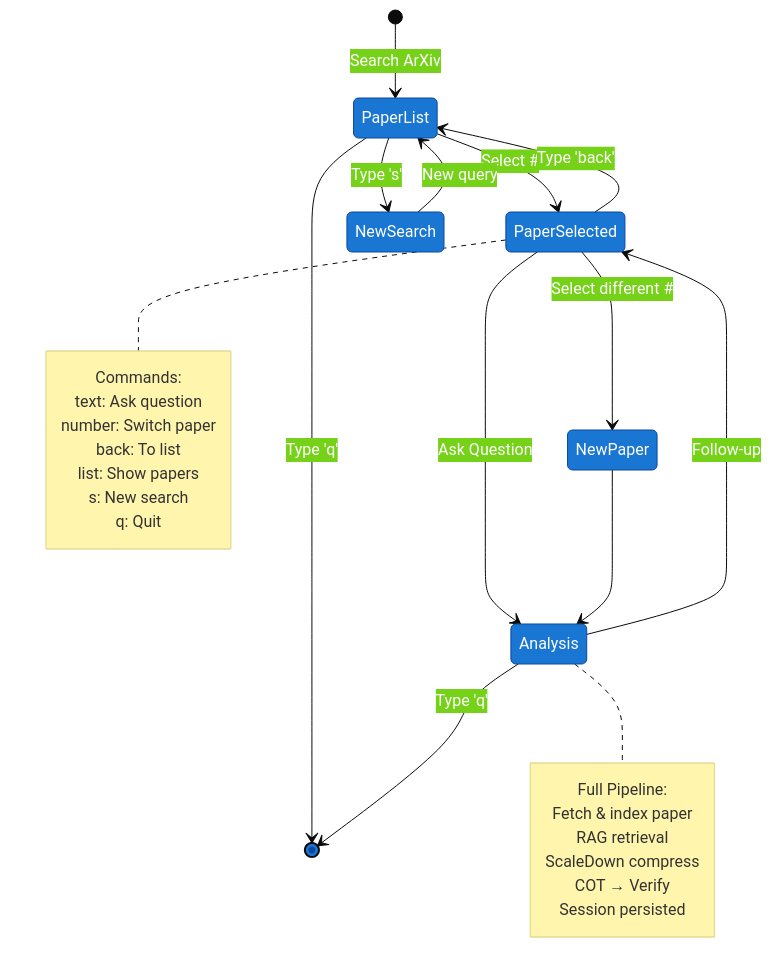
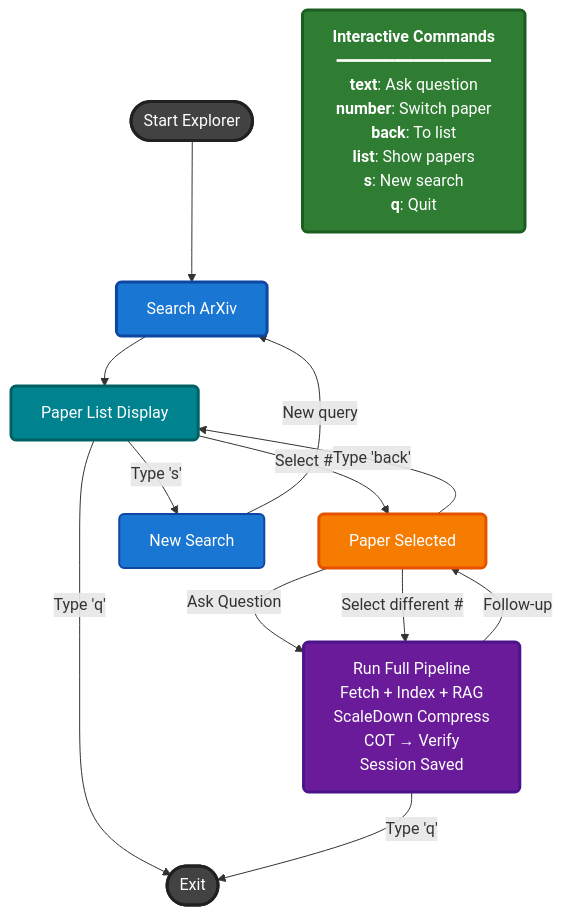
Before and after one commit to invaderinvalid/RAG: the fourth of 8 diagrams in README.md, drawn with Mermaid. The commit also changed other lines of this file, not shown here.

````diff
--- a/README.md
+++ b/README.md
@@ -336,39 +337,31 @@
 ```mermaid
-%%{init: {'theme':'base', 'themeVariables': { 'primaryColor':'#1976d2','primaryTextColor':'#fff','primaryBorderColor':'#0d47a1'}}}%%
-stateDiagram-v2
-    [*] --> PaperList: Search ArXiv
+%%{init: {'theme':'','themeVariables':{'fontFamily':'sans-serif'}}}%%
+flowchart TD
+    Start([Start Explorer]) --> Search[Search ArXiv]
+    Search --> PaperList[Paper List Display]
     
-    PaperList --> PaperSelected: Select #
-    PaperList --> NewSearch: Type 's'
-    PaperList --> [*]: Type 'q'
+    PaperList -->|Select #| PaperSelected[Paper Selected]
+    PaperList -->|Type 's'| NewSearch[New Search]
+    PaperList -->|Type 'q'| End([Exit])
     
-    PaperSelected --> Analysis: Ask Question
-    Analysis --> PaperSelected: Follow-up
+    PaperSelected -->|Ask Question| Analysis[Run Full Pipeline<br/>Fetch + Index + RAG<br/>ScaleDown Compress<br/>COT → Verify<br/>Session Saved]
     
-    PaperSelected --> PaperList: Type 'back'
-    PaperSelected --> NewPaper: Select different #
-    NewPaper --> Analysis
+    Analysis -->|Follow-up| PaperSelected
+    Analysis -->|Type 'q'| End
     
-    Analysis --> [*]: Type 'q'
+    PaperSelected -->|Type 'back'| PaperList
+    PaperSelected -->|Select different #| Analysis
     
-    NewSearch --> PaperList: New query
+    NewSearch -->|New query| Search
     
-    note right of Analysis
-        Full Pipeline:
-        Fetch & index paper
-        RAG retrieval
-        ScaleDown compress
-        COT → Verify
-        Session persisted
-    end note
+    Commands["<b>Interactive Commands</b><br/>━━━━━━━━━━━━━━━━<br/><b>text</b>: Ask question<br/><b>number</b>: Switch paper<br/><b>back</b>: To list<br/><b>list</b>: Show papers<br/><b>s</b>: New search<br/><b>q</b>: Quit"]
     
-    note right of PaperSelected
-        Commands:
-        text: Ask question
-        number: Switch paper
-        back: To list
-        list: Show papers
-        s: New search
-        q: Quit
-    end note
+    style Start fill:#424242,stroke:#212121,stroke-width:3px,color:#fff,rx:10,ry:10
+    style End fill:#424242,stroke:#212121,stroke-width:3px,color:#fff,rx:10,ry:10
+    style Search fill:#1976d2,stroke:#0d47a1,stroke-width:3px,color:#fff,rx:5,ry:5
+    style PaperList fill:#00838f,stroke:#006064,stroke-width:3px,color:#fff,rx:5,ry:5
+    style PaperSelected fill:#f57c00,stroke:#e65100,stroke-width:3px,color:#fff,rx:5,ry:5
+    style Analysis fill:#6a1b9a,stroke:#4a148c,stroke-width:3px,color:#fff,rx:5,ry:5
+    style NewSearch fill:#1976d2,stroke:#0d47a1,stroke-width:2px,color:#fff,rx:5,ry:5
+    style Commands fill:#2e7d32,stroke:#1b5e20,stroke-width:3px,color:#fff,rx:5,ry:5
 ```
````
